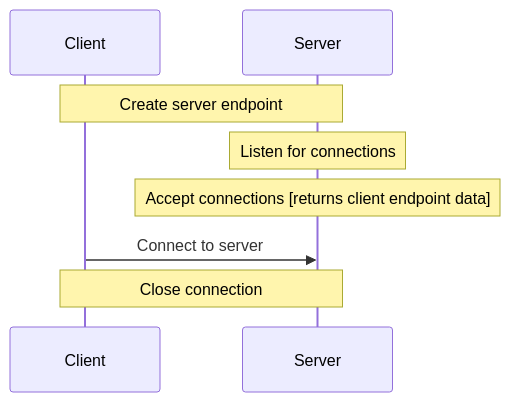
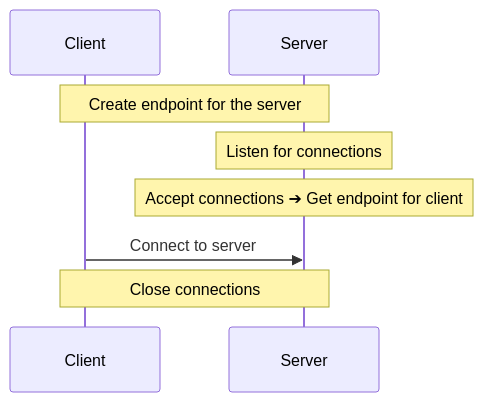
Before and after one commit to L0bstr/clawnet: the diagram in docs/starting_point.md, drawn with Mermaid. The commit also changed other lines of this file, not shown here.

````diff
--- a/docs/starting_point.md
+++ b/docs/starting_point.md
@@ -22,11 +22,11 @@
 ```mermaid
 sequenceDiagram
     participant C as Client
     participant S as Server
 
-    Note over S, C: Create server endpoint
+    Note over S, C: Create endpoint for the server
     Note over S: Listen for connections
-    Note over S: Accept connections [returns client endpoint data]
+    Note over S: Accept connections ➔ Get endpoint for client
     C->>S: Connect to server
-    Note over S, C: Close connection
+    Note over S, C: Close connections
 ```
````
